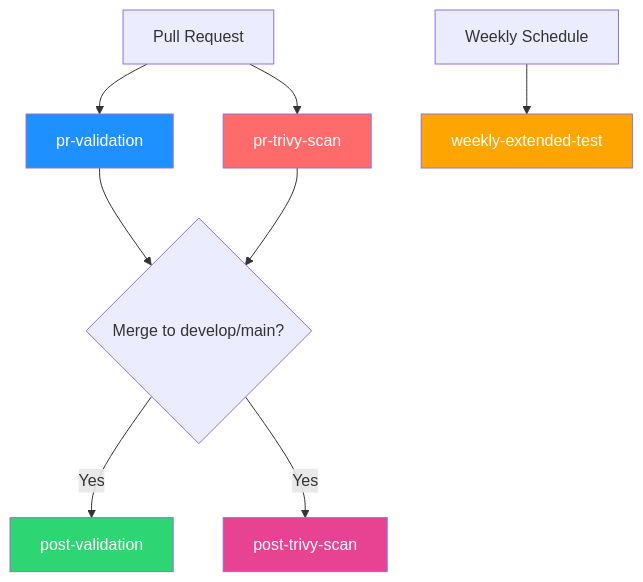
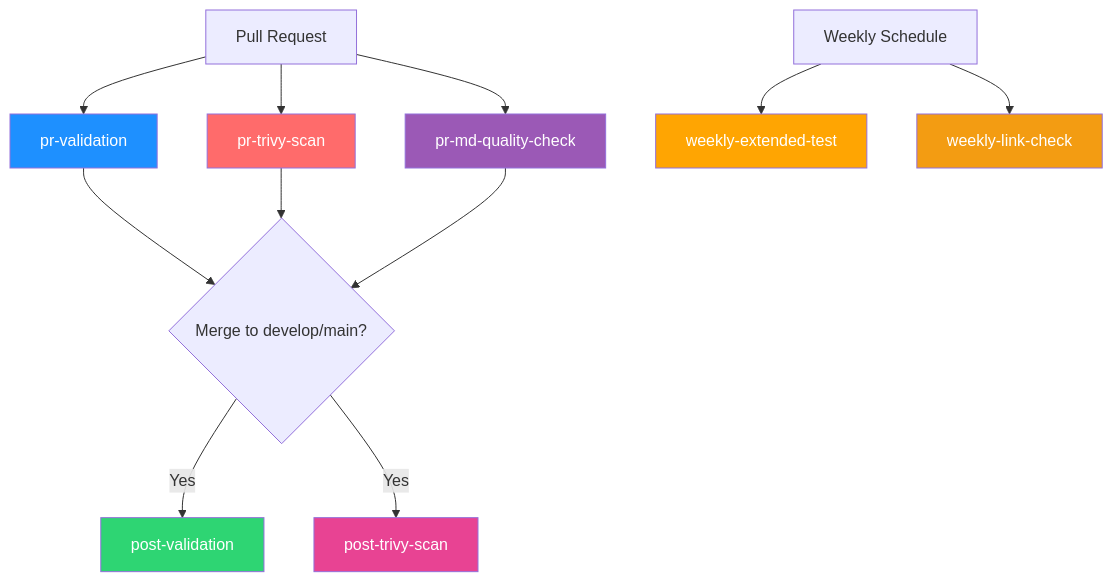
Before and after one commit to yaoki-dev/api-test-devops-portfolio: the diagram in docs/guides/ci_cd_guide.md, drawn with Mermaid. The commit also changed other lines of this file and 2 other files, not shown here.

````diff
--- a/docs/guides/ci_cd_guide.md
+++ b/docs/guides/ci_cd_guide.md
@@ -9,16 +9,21 @@
 ```mermaid
 graph TB
     PR[Pull Request] --> PV[pr-validation]
     PR --> PS[pr-trivy-scan]
+    PR --> PMQ[pr-md-quality-check]
     PV --> Merge{Merge to develop/main?}
     PS --> Merge
+    PMQ --> Merge
     Merge -->|Yes| PoV[post-validation]
     Merge -->|Yes| PoS[post-trivy-scan]
     Weekly[Weekly Schedule] --> WC[weekly-extended-test]
+    Weekly --> WL[weekly-link-check]
 
     style PV fill:#1e90ff,color:#fff
     style PS fill:#ff6b6b,color:#fff
+    style PMQ fill:#9b59b6,color:#fff
     style PoV fill:#2ed573,color:#fff
     style PoS fill:#e84393,color:#fff
     style WC fill:#ffa502,color:#fff
+    style WL fill:#f39c12,color:#fff
 ```
````
